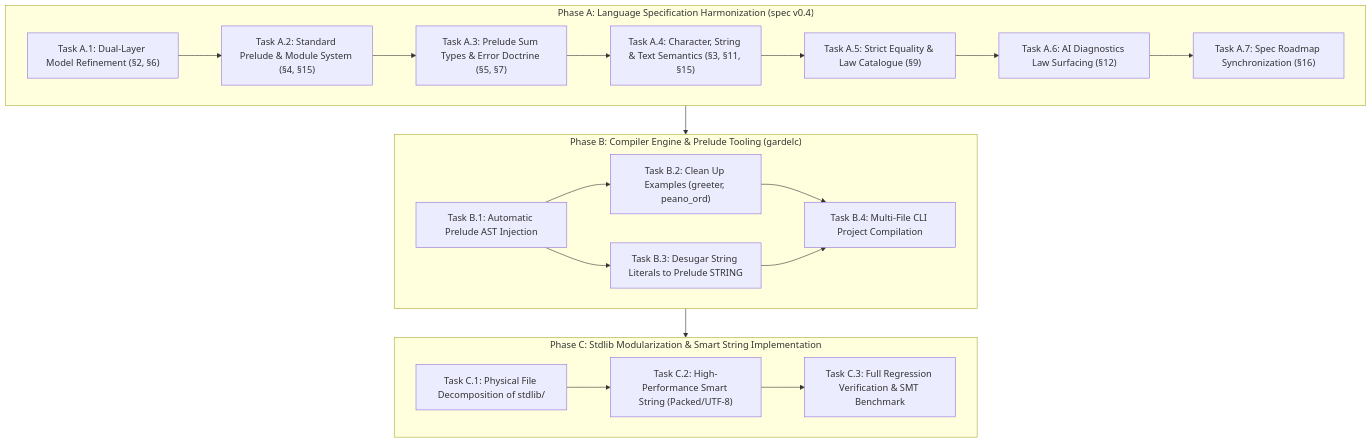
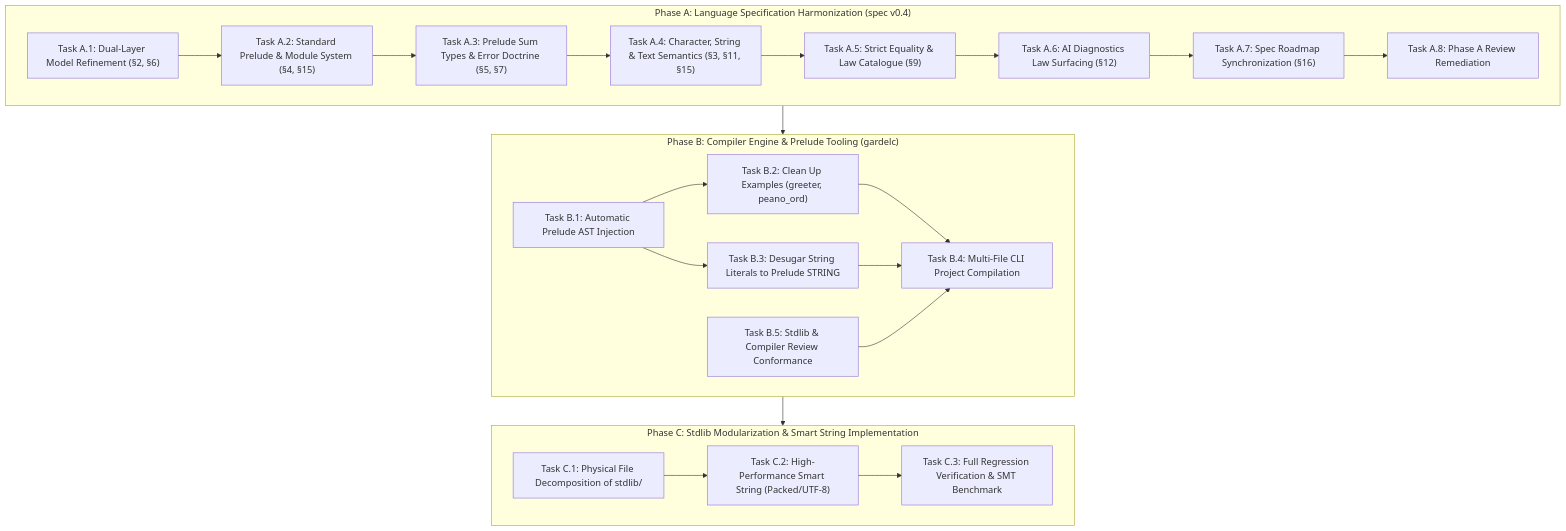
One commit to GardelPL/gardel changed the diagram in plan/Roadmap.md. Above: the diagram before and after it, drawn with Mermaid. The commit also changed other lines of this file and 6 other files, not shown here.

````diff
--- a/plan/Roadmap.md
+++ b/plan/Roadmap.md
@@ -54,33 +54,36 @@
 ```mermaid
 flowchart TD
     subgraph PhaseA ["Phase A: Language Specification Harmonization (spec v0.4)"]
         A1["Task A.1: Dual-Layer Model Refinement (§2, §6)"]
         A2["Task A.2: Standard Prelude & Module System (§4, §15)"]
         A3["Task A.3: Prelude Sum Types & Error Doctrine (§5, §7)"]
         A4["Task A.4: Character, String & Text Semantics (§3, §11, §15)"]
         A5["Task A.5: Strict Equality & Law Catalogue (§9)"]
         A6["Task A.6: AI Diagnostics Law Surfacing (§12)"]
         A7["Task A.7: Spec Roadmap Synchronization (§16)"]
-        A1 --> A2 --> A3 --> A4 --> A5 --> A6 --> A7
+        A8["Task A.8: Phase A Review Remediation"]
+        A1 --> A2 --> A3 --> A4 --> A5 --> A6 --> A7 --> A8
     end
 
     subgraph PhaseB ["Phase B: Compiler Engine & Prelude Tooling (gardelc)"]
         B1["Task B.1: Automatic Prelude AST Injection"]
         B2["Task B.2: Clean Up Examples (greeter, peano_ord)"]
         B3["Task B.3: Desugar String Literals to Prelude STRING"]
         B4["Task B.4: Multi-File CLI Project Compilation"]
+        B5["Task B.5: Stdlib & Compiler Review Conformance"]
         B1 --> B2
         B1 --> B3
         B2 --> B4
         B3 --> B4
+        B5 --> B4
     end
 
     subgraph PhaseC ["Phase C: Stdlib Modularization & Smart String Implementation"]
         C1["Task C.1: Physical File Decomposition of stdlib/"]
         C2["Task C.2: High-Performance Smart String (Packed/UTF-8)"]
         C3["Task C.3: Full Regression Verification & SMT Benchmark"]
         C1 --> C2 --> C3
     end
 
     PhaseA --> PhaseB --> PhaseC
 ```
````
